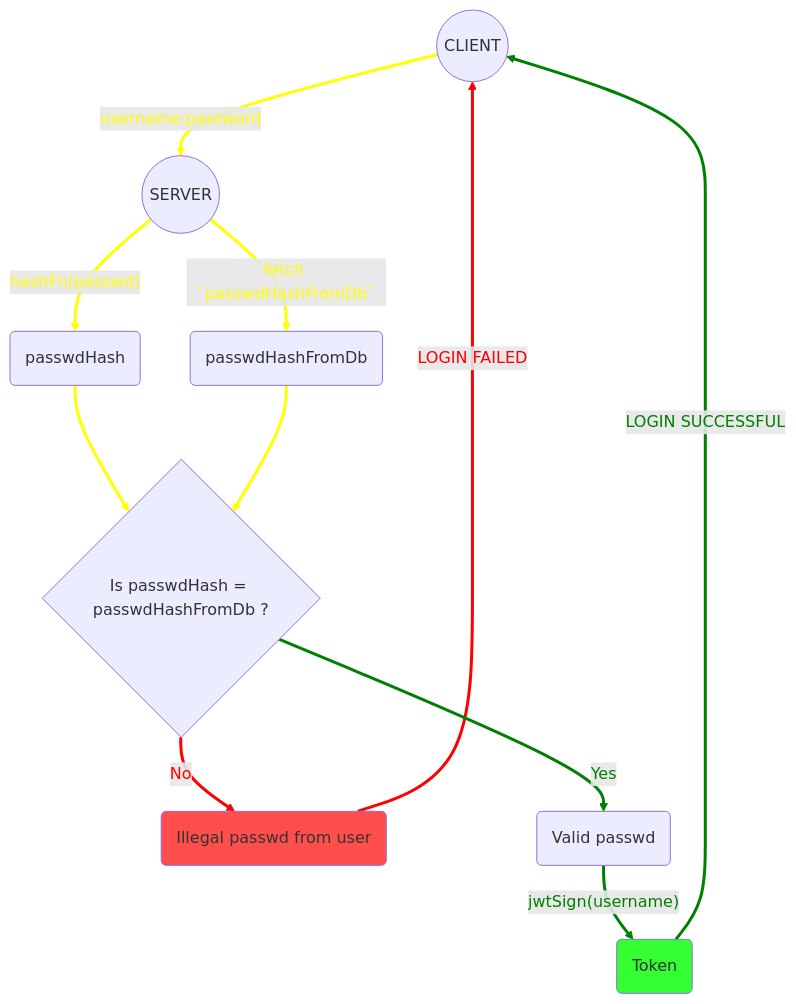
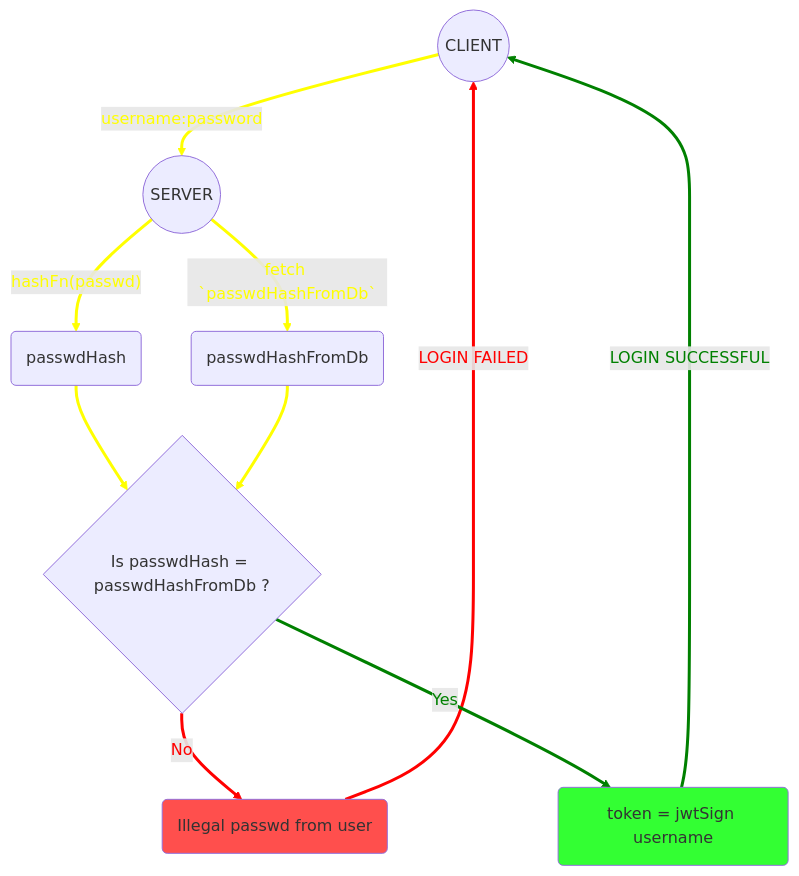
Before and after one commit to sahilrajput03/sahilrajput03: the first of 3 diagrams in learn-login-flow.md, drawn with Mermaid.

````diff
--- a/learn-login-flow.md
+++ b/learn-login-flow.md
@@ -5,19 +5,19 @@
 ```mermaid
 graph TD
     A((CLIENT)) -->|username:password| B((SERVER))
     B --> |"hashFn(passwd)"| C(passwdHash)
     B --> |"fetch `passwdHashFromDb`"| F(passwdHashFromDb)
     C --> G{Is passwdHash = passwdHashFromDb ?}
     F --> G
     G --> |"No"| M(Illegal passwd from user)
     M --> |LOGIN FAILED| A
-    G --> |Yes| D(Valid passwd)
-    D --> |"jwtSign(username)"| E(Token) --> |LOGIN SUCCESSFUL| A
+    G --> |Yes| D("token = jwtSign username")
+    D --> |LOGIN SUCCESSFUL| A
     style M fill:#ff4f4d
-    style E fill:#33ff33
+    style D fill:#33ff33
     linkStyle 0,1,2,3,4 stroke:yellow,stroke-width:3px,color:yellow;
     linkStyle 5,6 stroke:red,stroke-width:3px,color:red;
-    linkStyle 7,8,9 stroke:green,stroke-width:3px,color:green;
+    linkStyle 7,8 stroke:green,stroke-width:3px,color:green;
     
     %% Comments: In above code, the numbers after lineStyle is actually the line numbers of each line in same above code ( starts from 0). 
 ```
````
